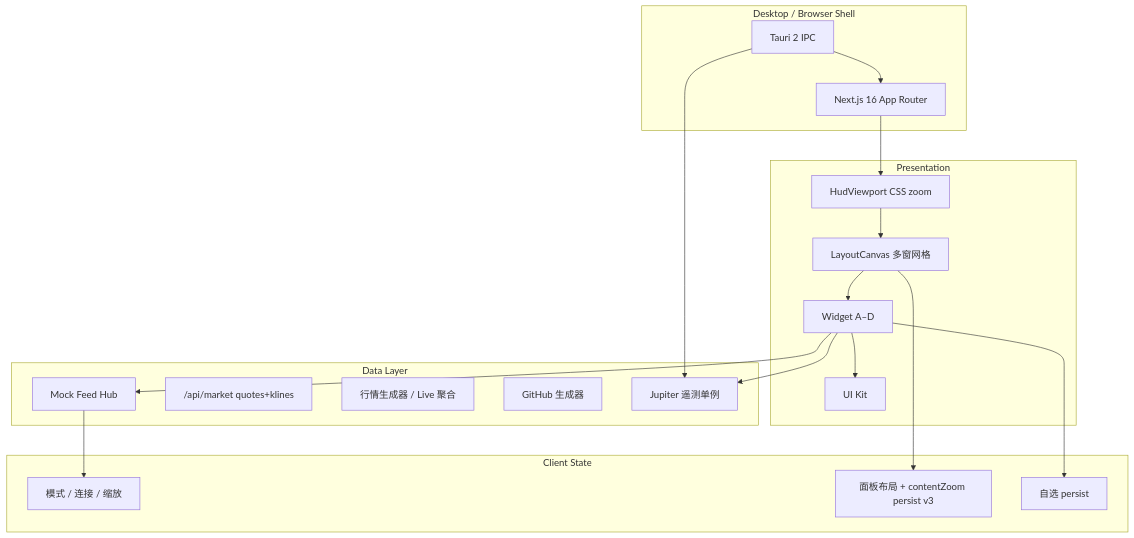
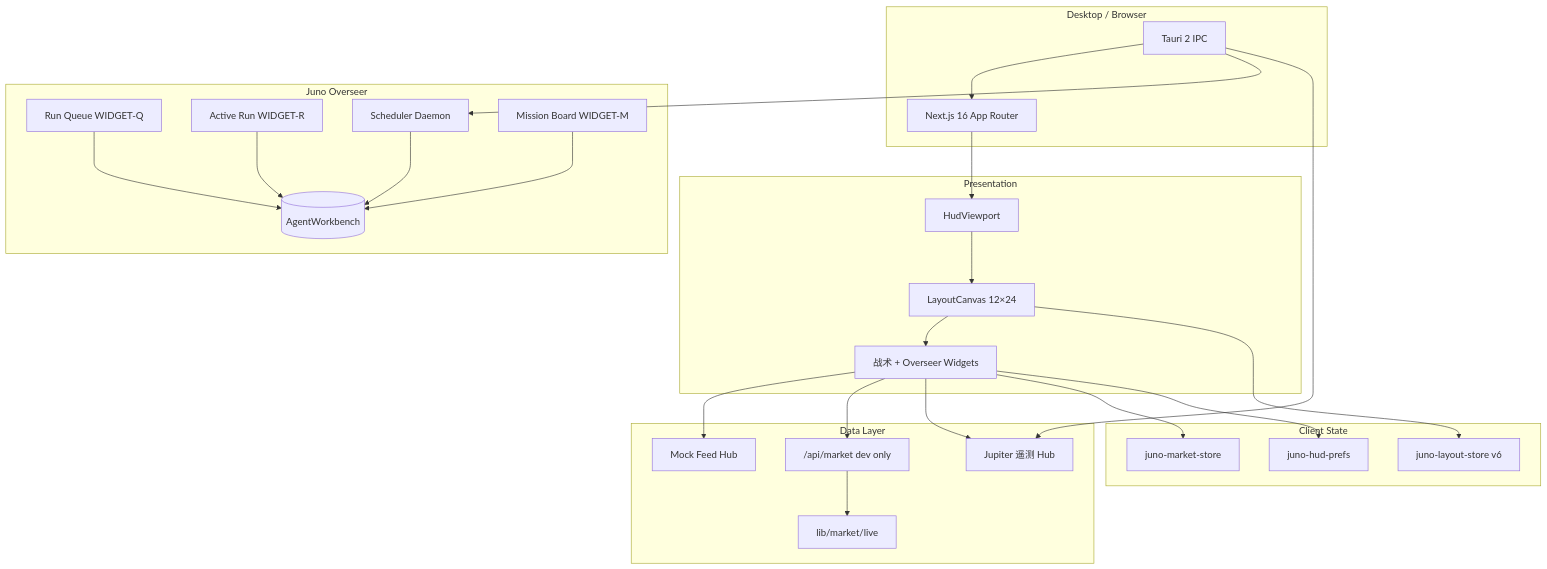
The diagram in wiki/whitepaper.md (FranklinNexus/Juno-Oversight), drawn with Mermaid before and after one commit. The commit also changed other lines of this file and 75 other files, not shown here.

````diff
--- a/wiki/whitepaper.md
+++ b/wiki/whitepaper.md
@@ -40,34 +44,44 @@
 ```mermaid
 flowchart TB
-  subgraph shell [Desktop / Browser Shell]
+  subgraph shell [Desktop / Browser]
     Tauri[Tauri 2 IPC]
     Next[Next.js 16 App Router]
   end
+  subgraph overseer [Juno Overseer]
+    Q[Run Queue WIDGET-Q]
+    AR[Active Run WIDGET-R]
+    SD[Scheduler Daemon]
+    MB[Mission Board WIDGET-M]
+    WB[(AgentWorkbench)]
+  end
   subgraph ui [Presentation]
-    Viewport[HudViewport CSS zoom]
-    Grid[LayoutCanvas 多窗网格]
-    Widgets[Widget A–D]
-    UIKit[UI Kit]
+    Viewport[HudViewport]
+    Grid[LayoutCanvas 12×24]
+    Widgets[战术 + Overseer Widgets]
   end
   subgraph state [Client State]
-    HudStore[模式 / 连接 / 缩放]
-    LayoutStore[面板布局 + contentZoom persist v3]
-    MarketStore[自选 persist]
+    LayoutStore[juno-layout-store v6]
+    MarketStore[juno-market-store]
+    HudStore[juno-hud-prefs]
   end
   subgraph data [Data Layer]
     MockWS[Mock Feed Hub]
-    LiveAPI["/api/market quotes+klines"]
-    MarketGen[行情生成器 / Live 聚合]
-    GitHubGen[GitHub 生成器]
-    JupiterHub[Jupiter 遥测单例]
+    LiveLib[lib/market/live]
+    LiveAPI["/api/market dev only"]
+    JupiterHub[Jupiter 遥测 Hub]
   end
   Tauri --> Next
+  Tauri --> SD
+  SD --> WB
+  AR --> WB
+  Q --> WB
+  MB --> WB
   Next --> Viewport --> Grid --> Widgets
-  Widgets --> UIKit
   Widgets --> MockWS
+  Widgets --> LiveAPI --> LiveLib
   Widgets --> JupiterHub
-  MockWS --> HudStore
+  Tauri --> JupiterHub
   Grid --> LayoutStore
   Widgets --> MarketStore
-  Tauri --> JupiterHub
+  Widgets --> HudStore
 ```
````
